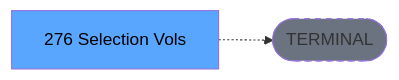
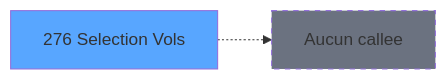
The third of 3 diagrams in .openspec/specs/ADH-IDE-276.md (thonyAGP/magic-migration), drawn with Mermaid before and after one commit. The commit also changed other lines of this file and 493 other files, not shown here.

````diff
--- a/.openspec/specs/ADH-IDE-276.md
+++ b/.openspec/specs/ADH-IDE-276.md
@@ -138,8 +283,8 @@
 ```mermaid
 graph LR
-    T[276 Selection Vols]
-    TERM([TERMINAL])
-    T -.-> TERM
-    style TERM fill:#6b7280,stroke-dasharray: 5 5
-    style T fill:#58a6ff,color:#000
+    T276[276 Selection Vols]
+    style T276 fill:#58a6ff
+    NONE[Aucun callee]
+    T276 -.-> NONE
+    style NONE fill:#6b7280,stroke-dasharray: 5 5
 ```
````
